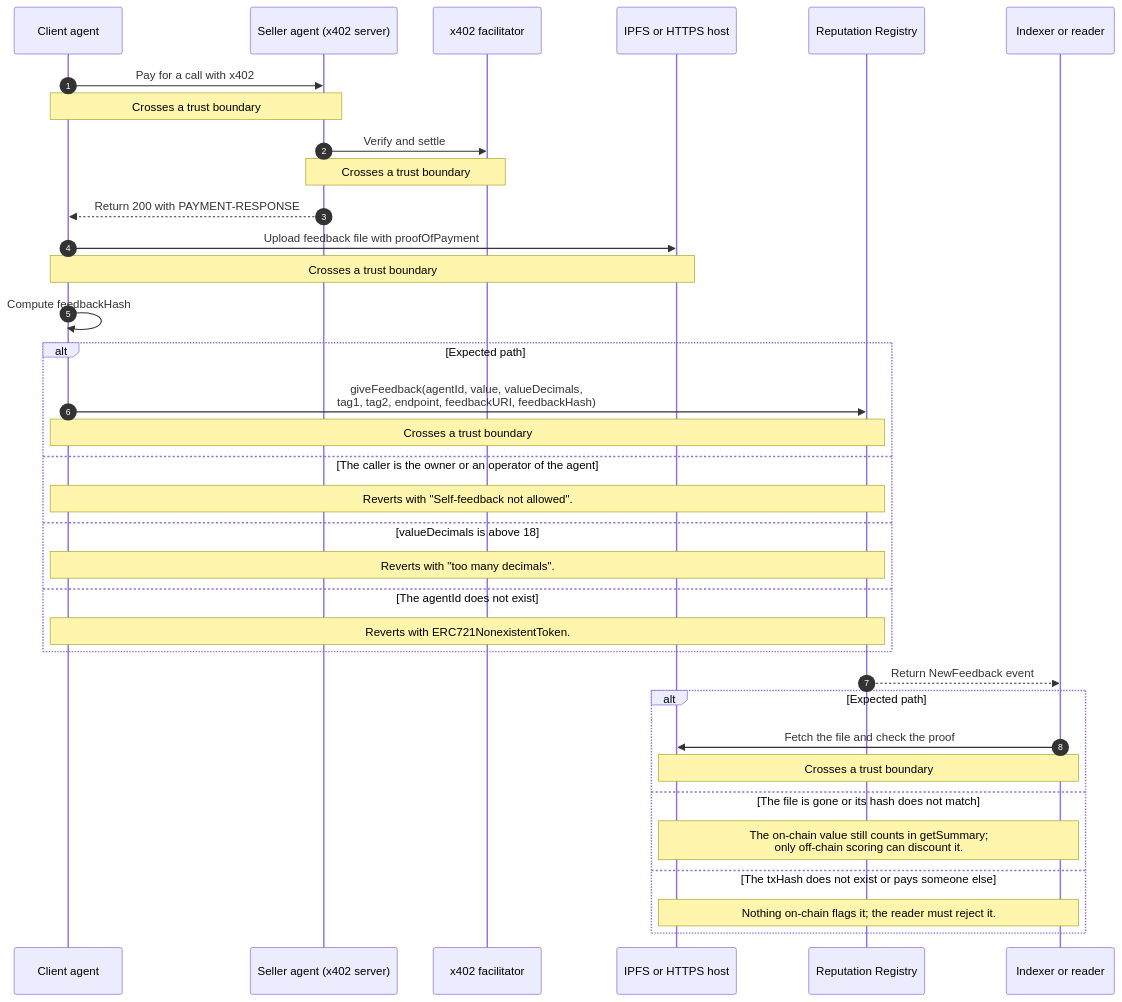
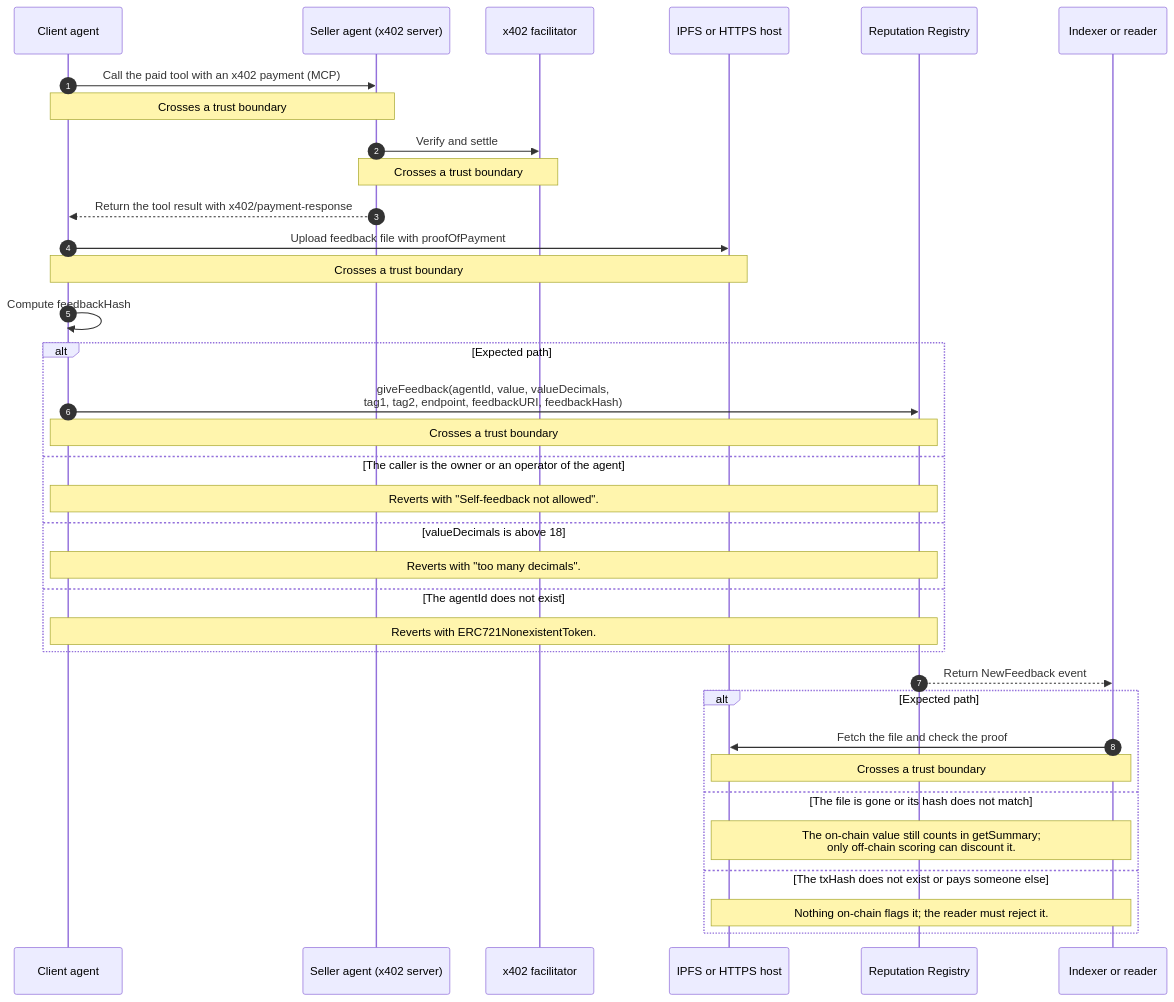
One commit to mercesAI/agentic-rails-atlas changed the diagram in src/generated/mermaid/erc-8004-feedback-after-x402.mmd. Above: the diagram before and after it, drawn with Mermaid. The commit also changed 114 other files, not shown here.

```diff
--- a/src/generated/mermaid/erc-8004-feedback-after-x402.mmd
+++ b/src/generated/mermaid/erc-8004-feedback-after-x402.mmd
@@ -1,37 +1,37 @@
 sequenceDiagram
   accTitle: ERC-8004 feedback with proof of payment after an x402 payment
-  accDescr: Sequence diagram: ERC-8004 feedback with proof of payment after an x402 payment. 6 participants: Client agent, Seller agent (x402 server), x402 facilitator, IPFS or HTTPS host, Reputation Registry, and Indexer or reader. 8 steps, 5 crossing a trust boundary, 5 failure branches. Based on erc-8004 Draft (text of 2026-01-25) (2026-01-25). Step 1: Client agent to Seller agent (x402 server): Pay for a call with x402. This step crosses a trust boundary. Step 2: Seller agent (x402 server) to x402 facilitator: Verify and settle. This step crosses a trust boundary. Step 3: Seller agent (x402 server) to Client agent: Return 200 with PAYMENT-RESPONSE. Step 4: Client agent to IPFS or HTTPS host: Upload feedback file with proofOfPayment. This step crosses a trust boundary. Step 5: Client agent to Client agent: Compute feedbackHash. Step 6: Client agent to Reputation Registry: giveFeedback(agentId, value, valueDecimals, tag1, tag2, endpoint, feedbackURI, feedbackHash). This step crosses a trust boundary. If The caller is the owner or an operator of the agent: Reverts with Self-feedback not allowed. If valueDecimals is above 18: Reverts with too many decimals. If The agentId does not exist: Reverts with ERC721NonexistentToken. Step 7: Reputation Registry to Indexer or reader: Return NewFeedback event. Step 8: Indexer or reader to IPFS or HTTPS host: Fetch the file and check the proof. This step crosses a trust boundary. If The file is gone or its hash does not match: The on-chain value still counts in getSummary only off-chain scoring can discount it. If The txHash does not exist or pays someone else: Nothing on-chain flags it the reader must reject it.
+  accDescr: Sequence diagram: ERC-8004 feedback with proof of payment after an x402 payment. 6 participants: Client agent, Seller agent (x402 server), x402 facilitator, IPFS or HTTPS host, Reputation Registry, and Indexer or reader. 8 steps, 5 crossing a trust boundary, 5 failure branches. Based on erc-8004 Draft (text of 2026-01-25) (2026-01-25). Step 1: Client agent to Seller agent (x402 server): Call the paid tool with an x402 payment (MCP). This step crosses a trust boundary. Step 2: Seller agent (x402 server) to x402 facilitator: Verify and settle. This step crosses a trust boundary. Step 3: Seller agent (x402 server) to Client agent: Return the tool result with x402/payment-response. Step 4: Client agent to IPFS or HTTPS host: Upload feedback file with proofOfPayment. This step crosses a trust boundary. Step 5: Client agent to Client agent: Compute feedbackHash. Step 6: Client agent to Reputation Registry: giveFeedback(agentId, value, valueDecimals, tag1, tag2, endpoint, feedbackURI, feedbackHash). This step crosses a trust boundary. If The caller is the owner or an operator of the agent: Reverts with Self-feedback not allowed. If valueDecimals is above 18: Reverts with too many decimals. If The agentId does not exist: Reverts with ERC721NonexistentToken. Step 7: Reputation Registry to Indexer or reader: Return NewFeedback event. Step 8: Indexer or reader to IPFS or HTTPS host: Fetch the file and check the proof. This step crosses a trust boundary. If The file is gone or its hash does not match: The on-chain value still counts in getSummary only off-chain scoring can discount it. If The txHash does not exist or pays someone else: Nothing on-chain flags it the reader must reject it.
   autonumber
   participant p_client as Client agent
   participant p_seller as Seller agent (x402 server)
   participant p_facilitator as x402 facilitator
   participant p_ipfs as IPFS or HTTPS host
   participant p_reputation as Reputation Registry
   participant p_indexer as Indexer or reader
-  p_client->>p_seller: Pay for a call with x402
+  p_client->>p_seller: Call the paid tool with an x402 payment (MCP)
   Note over p_client,p_seller: Crosses a trust boundary
   p_seller->>p_facilitator: Verify and settle
   Note over p_seller,p_facilitator: Crosses a trust boundary
-  p_seller-->>p_client: Return 200 with PAYMENT-RESPONSE
+  p_seller-->>p_client: Return the tool result with x402/payment-response
   p_client->>p_ipfs: Upload feedback file with proofOfPayment
   Note over p_client,p_ipfs: Crosses a trust boundary
   p_client->>p_client: Compute feedbackHash
   alt Expected path
     p_client->>p_reputation: giveFeedback(agentId, value, valueDecimals,<br/>tag1, tag2, endpoint, feedbackURI, feedbackHash)
     Note over p_client,p_reputation: Crosses a trust boundary
   else The caller is the owner or an operator of the agent
     Note over p_client,p_reputation: Reverts with #quot;Self-feedback not allowed#quot;.
   else valueDecimals is above 18
     Note over p_client,p_reputation: Reverts with #quot;too many decimals#quot;.
   else The agentId does not exist
     Note over p_client,p_reputation: Reverts with ERC721NonexistentToken.
   end
   p_reputation-->>p_indexer: Return NewFeedback event
   alt Expected path
     p_indexer->>p_ipfs: Fetch the file and check the proof
     Note over p_indexer,p_ipfs: Crosses a trust boundary
   else The file is gone or its hash does not match
     Note over p_indexer,p_ipfs: The on-chain value still counts in getSummary#59;<br/>only off-chain scoring can discount it.
   else The txHash does not exist or pays someone else
     Note over p_indexer,p_ipfs: Nothing on-chain flags it#59; the reader must reject it.
   end
```
